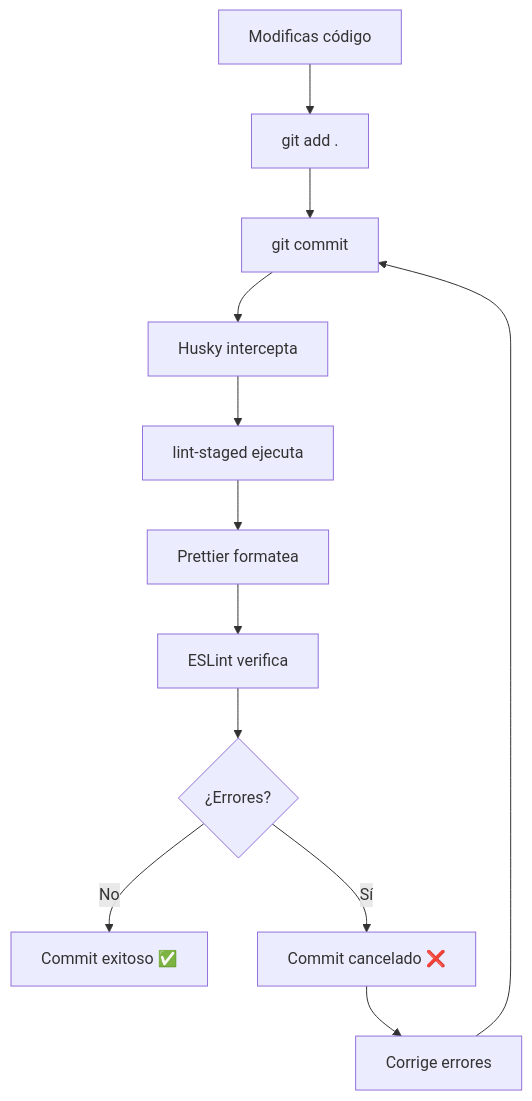
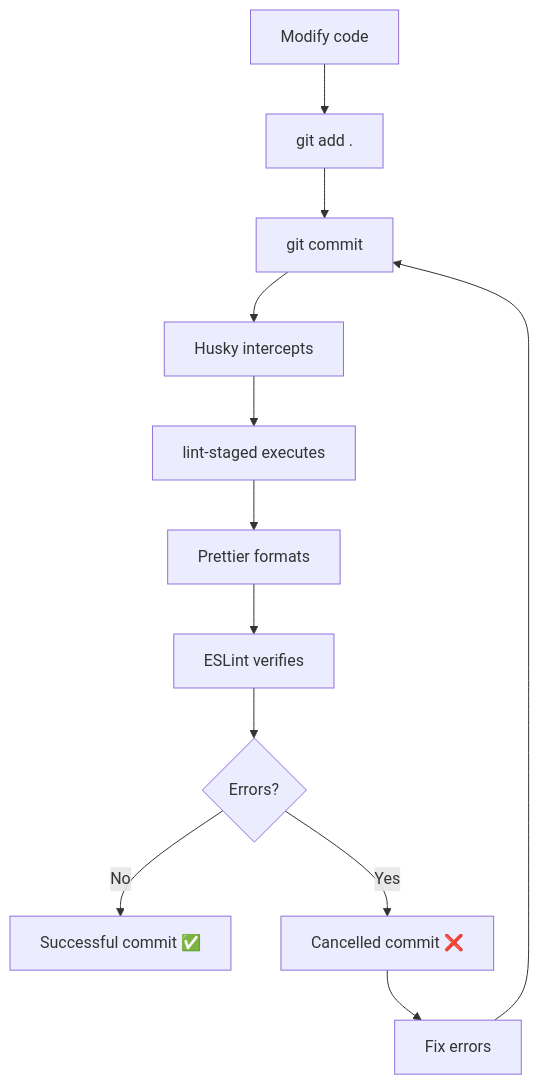
One commit to gatodemontecristo/portfolio-erick changed the diagram in DEVELOPMENT.md. Above: the diagram before and after it, drawn with Mermaid. The commit also changed other lines of this file and 11 other files, not shown here.

````diff
--- a/DEVELOPMENT.md
+++ b/DEVELOPMENT.md
@@ -98,14 +98,14 @@
 ```mermaid
 graph TD
-    A[Modificas código] --> B[git add .]
+    A[Modify code] --> B[git add .]
     B --> C[git commit]
-    C --> D[Husky intercepta]
-    D --> E[lint-staged ejecuta]
-    E --> F[Prettier formatea]
-    F --> G[ESLint verifica]
-    G --> H{¿Errores?}
-    H -->|No| I[Commit exitoso ✅]
-    H -->|Sí| J[Commit cancelado ❌]
-    J --> K[Corrige errores]
+    C --> D[Husky intercepts]
+    D --> E[lint-staged executes]
+    E --> F[Prettier formats]
+    F --> G[ESLint verifies]
+    G --> H{Errors?}
+    H -->|No| I[Successful commit ✅]
+    H -->|Yes| J[Cancelled commit ❌]
+    J --> K[Fix errors]
     K --> C
 ```
````
